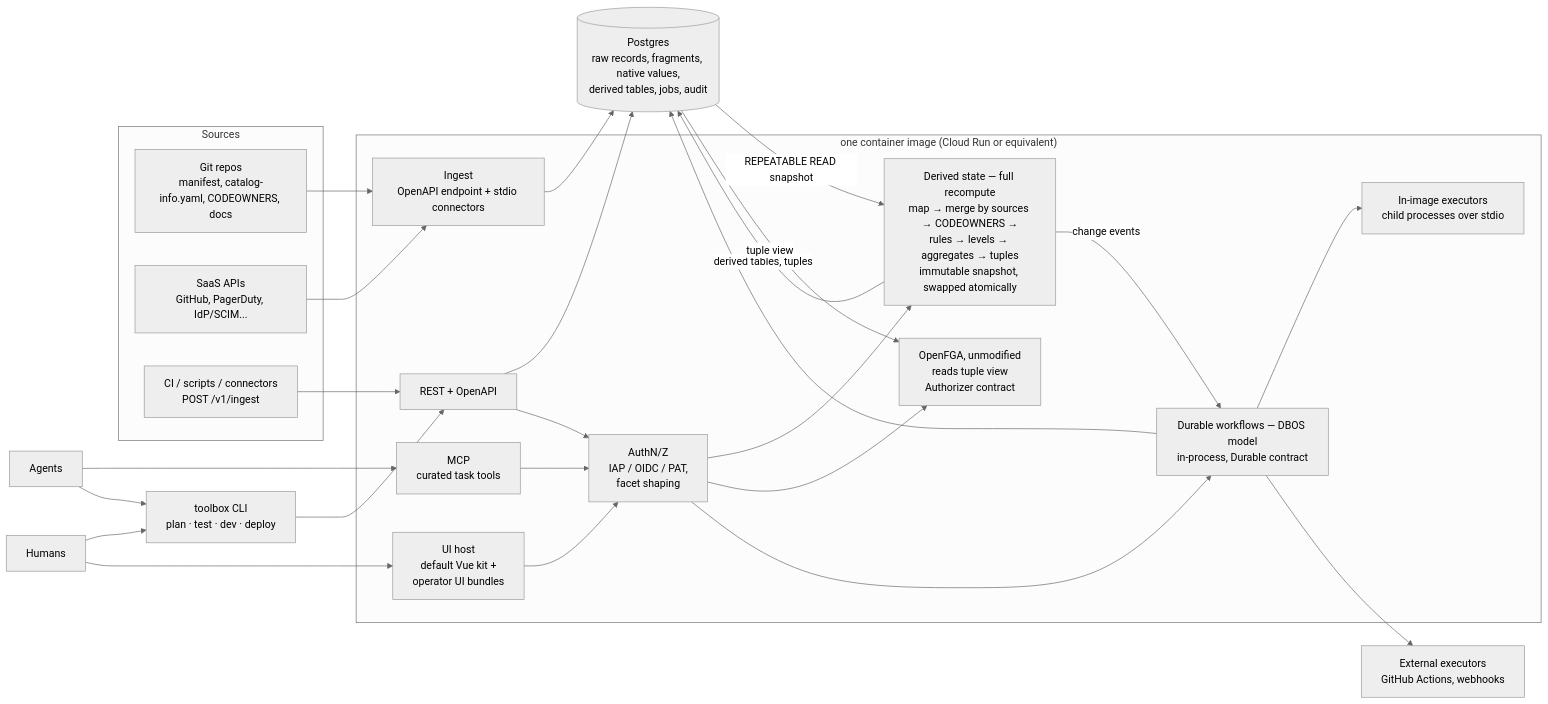
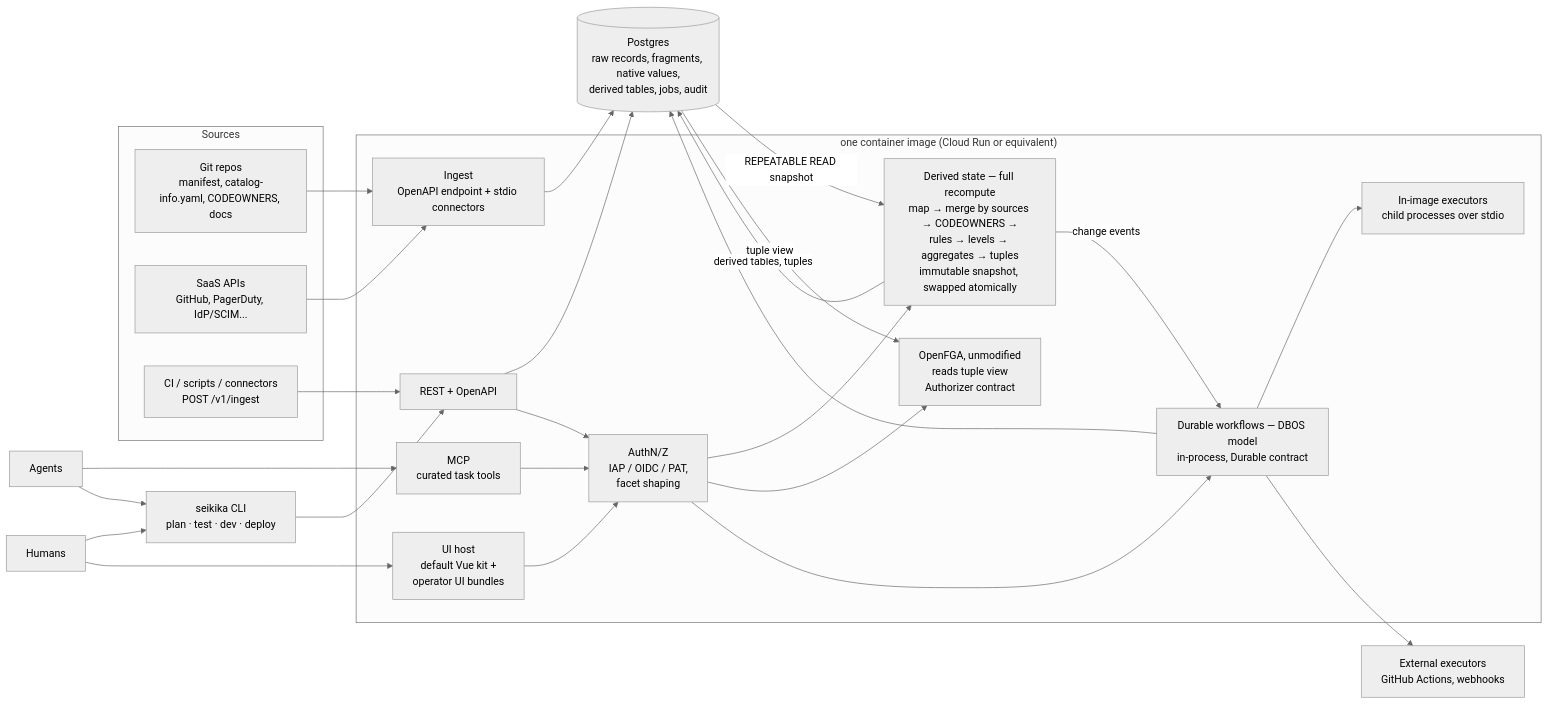
The diagram in docs/plan.md (loganvolkers/toolbox), drawn with Mermaid (neutral theme) before and after one commit. The commit also changed other lines of this file and 3478 other files, not shown here.

Commit message:
Rename Toolbox to Seikika (#111)

````diff
--- a/docs/plan.md
+++ b/docs/plan.md
@@ -160,38 +160,38 @@
 ```mermaid
 flowchart LR
   subgraph Sources
     GIT[Git repos<br/>manifest, catalog-info.yaml, CODEOWNERS, docs]
     SAAS[SaaS APIs<br/>GitHub, PagerDuty, IdP/SCIM...]
     PUSH[CI / scripts / connectors<br/>POST /v1/ingest]
   end
   subgraph Image["one container image (Cloud Run or equivalent)"]
     ING[Ingest<br/>OpenAPI endpoint + stdio connectors]
     DER[Derived state — full recompute<br/>map → merge by sources → CODEOWNERS →<br/>rules → levels → aggregates → tuples<br/>immutable snapshot, swapped atomically]
     FGA[OpenFGA, unmodified<br/>reads tuple view<br/>Authorizer contract]
     WF[Durable workflows — DBOS model<br/>in-process, Durable contract]
     EXE[In-image executors<br/>child processes over stdio]
     AZ[AuthN/Z<br/>IAP / OIDC / PAT,<br/>facet shaping]
     API[REST + OpenAPI]
     MCP[MCP<br/>curated task tools]
     UI[UI host<br/>default Vue kit +<br/>operator UI bundles]
   end
   PG[(Postgres<br/>raw records, fragments, native values,<br/>derived tables, jobs, audit)]
   EXT[External executors<br/>GitHub Actions, webhooks]
-  CLI[toolbox CLI<br/>plan · test · dev · deploy]
+  CLI[seikika CLI<br/>plan · test · dev · deploy]
   AG[Agents]
   H[Humans]
 
   GIT & SAAS --> ING --> PG
   PUSH --> API --> PG
   PG -- REPEATABLE READ snapshot --> DER
   DER -- derived tables, tuples --> PG
   PG -- tuple view --> FGA
   DER -- change events --> WF
   WF --> EXE & EXT
   WF --> PG
   API & MCP & UI --> AZ
   AZ --> DER & FGA & WF
   AG --> MCP
   AG & H --> CLI --> API
   H --> UI
 ```
````
